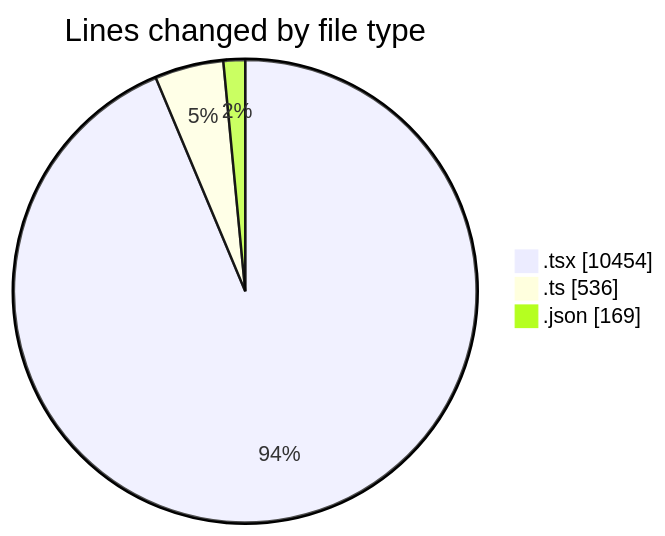
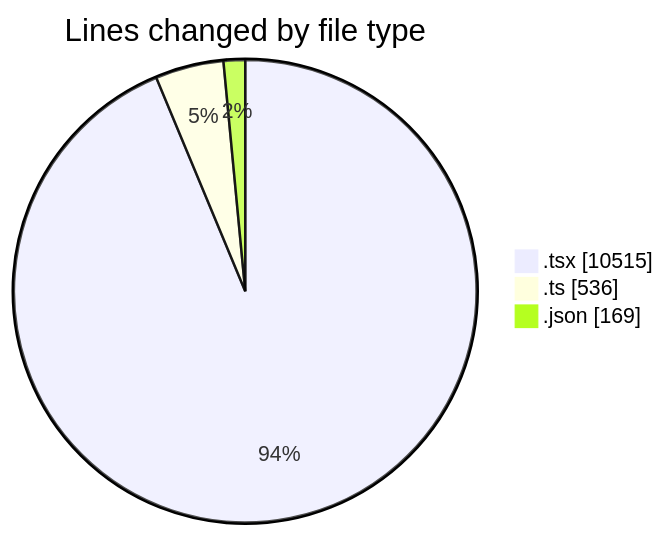
Before and after one commit to robertbonfada/code-tracking: the first of 2 diagrams in 2025-02-18/mbc-web/README.md, drawn with Mermaid. The commit also changed other lines of this file and 1 other file, not shown here.

````diff
--- a/2025-02-18/mbc-web/README.md
+++ b/2025-02-18/mbc-web/README.md
@@ -134,7 +135,7 @@
 ```mermaid
 pie showData
 title Lines changed by file type
-".tsx" : 10454
+".tsx" : 10515
 ".ts" : 536
 ".json" : 169
 ```
````
